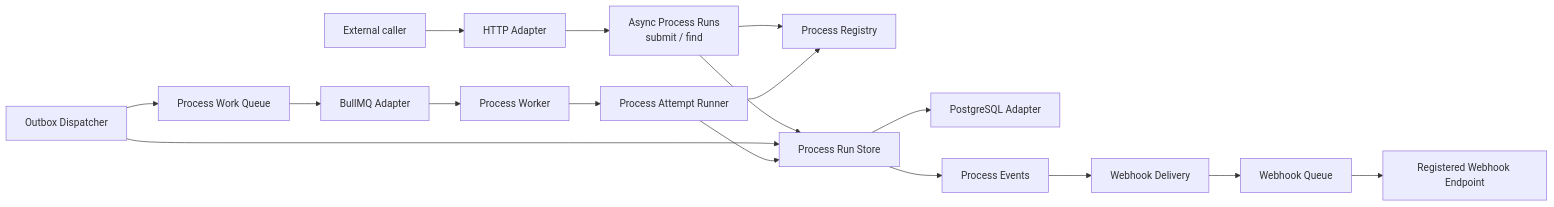
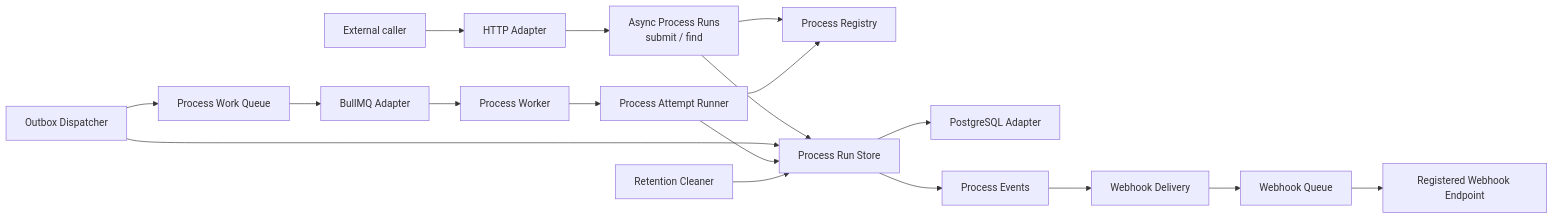
The second of 2 diagrams in docs/async-process-runs-design.md (hkai-ai/pipipi), drawn with Mermaid before and after one commit. The commit also changed other lines of this file and 19 other files, not shown here.

````diff
--- a/docs/async-process-runs-design.md
+++ b/docs/async-process-runs-design.md
@@ -199,19 +199,20 @@
 ```mermaid
 flowchart LR
     Caller["External caller"] --> HTTP["HTTP Adapter"]
     HTTP --> Async["Async Process Runs<br/>submit / find"]
     Async --> Registry["Process Registry"]
     Async --> Store["Process Run Store"]
     Store --> PG["PostgreSQL Adapter"]
     Dispatch["Outbox Dispatcher"] --> Store
     Dispatch --> WorkQueue["Process Work Queue"]
     WorkQueue --> Bull["BullMQ Adapter"]
     Bull --> Worker["Process Worker"]
     Worker --> Attempts["Process Attempt Runner"]
     Attempts --> Registry
     Attempts --> Store
     Store --> Events["Process Events"]
     Events --> Delivery["Webhook Delivery"]
     Delivery --> HookQueue["Webhook Queue"]
     HookQueue --> Endpoint["Registered Webhook Endpoint"]
+    Cleaner["Retention Cleaner"] --> Store
 ```
````
